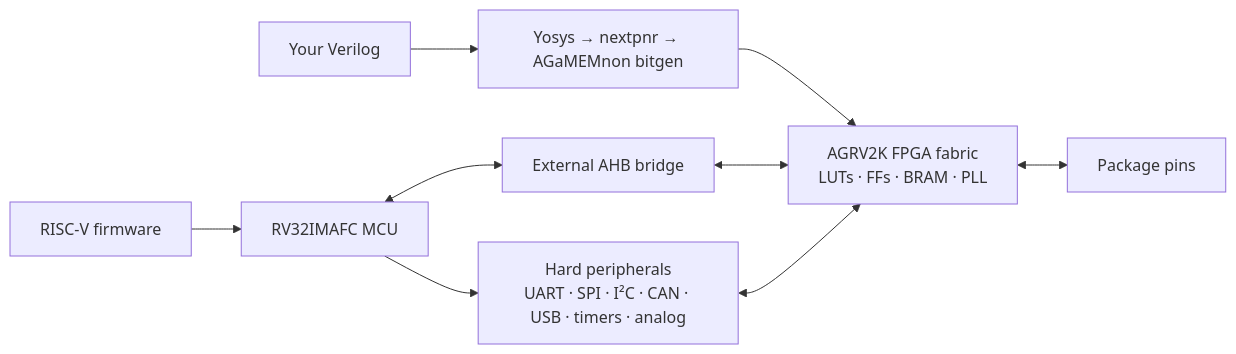
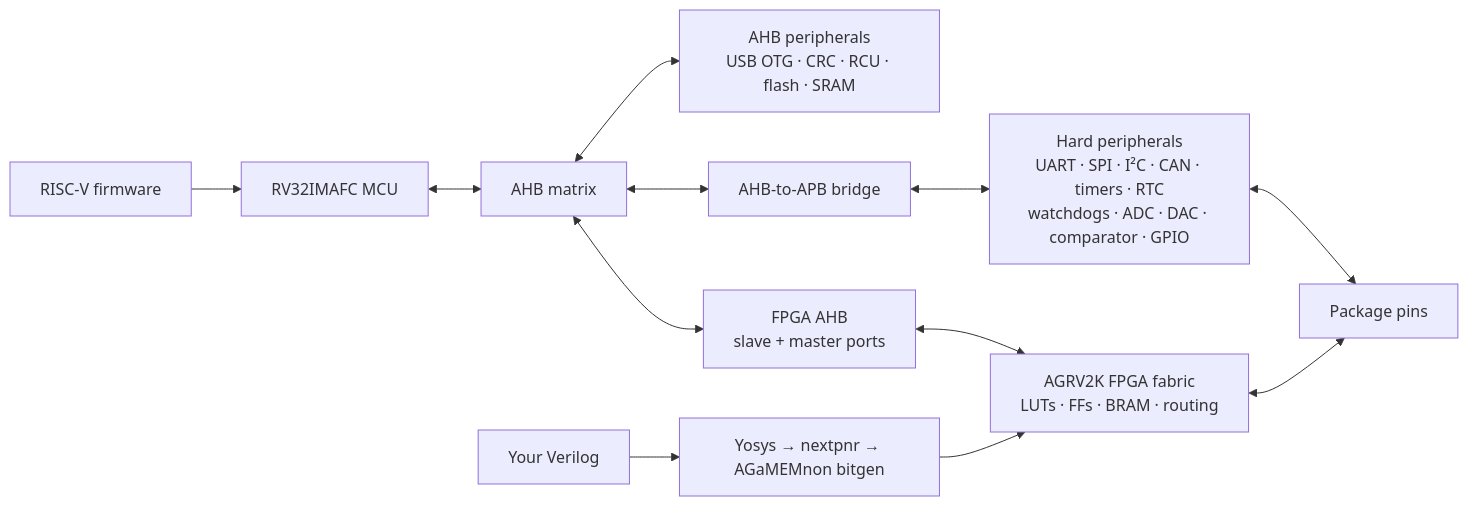
Before and after one commit to bbenchoff/AGaMEMnon: the diagram in README.md, drawn with Mermaid. The commit also changed 1 other file, not shown here.

````diff
--- a/README.md
+++ b/README.md
@@ -204,11 +204,19 @@
 ```mermaid
 flowchart LR
     FW["RISC-V firmware"] --> MCU["RV32IMAFC MCU"]
-    MCU --> HARD["Hard peripherals<br/>UART · SPI · I²C · CAN · USB · timers · analog"]
-    MCU <--> AHB["External AHB bridge"]
+
+    MCU <--> AHB["AHB matrix"]
+
+    AHB <--> AHBP["AHB peripherals<br/>USB OTG · CRC · RCU · flash · SRAM"]
+    AHB <--> APB["AHB-to-APB bridge"]
+    APB <--> HARD["Hard peripherals<br/>UART · SPI · I²C · CAN · timers · RTC<br/>watchdogs · ADC · DAC · comparator · GPIO"]
+
     RTL["Your Verilog"] --> FLOW["Yosys → nextpnr → AGaMEMnon bitgen"]
-    FLOW --> FABRIC["AGRV2K FPGA fabric<br/>LUTs · FFs · BRAM · PLL"]
-    AHB <--> FABRIC
-    HARD <--> FABRIC
-    FABRIC <--> PINS["Package pins"]
+    FLOW --> FABRIC["AGRV2K FPGA fabric<br/>LUTs · FFs · BRAM · routing"]
+
+    AHB <--> PORTS["FPGA AHB<br/>slave + master ports"]
+    PORTS <--> FABRIC
+
+    HARD <--> PINS["Package pins"]
+    FABRIC <--> PINS
 ```
````
